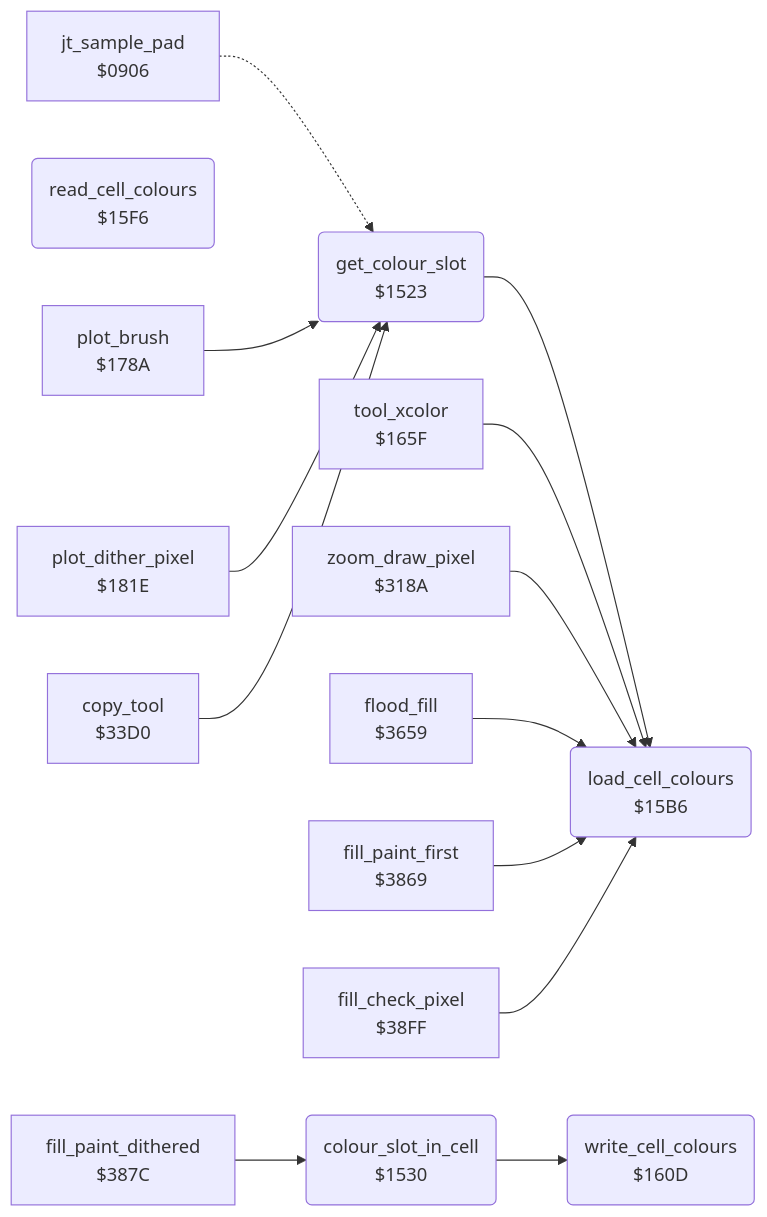
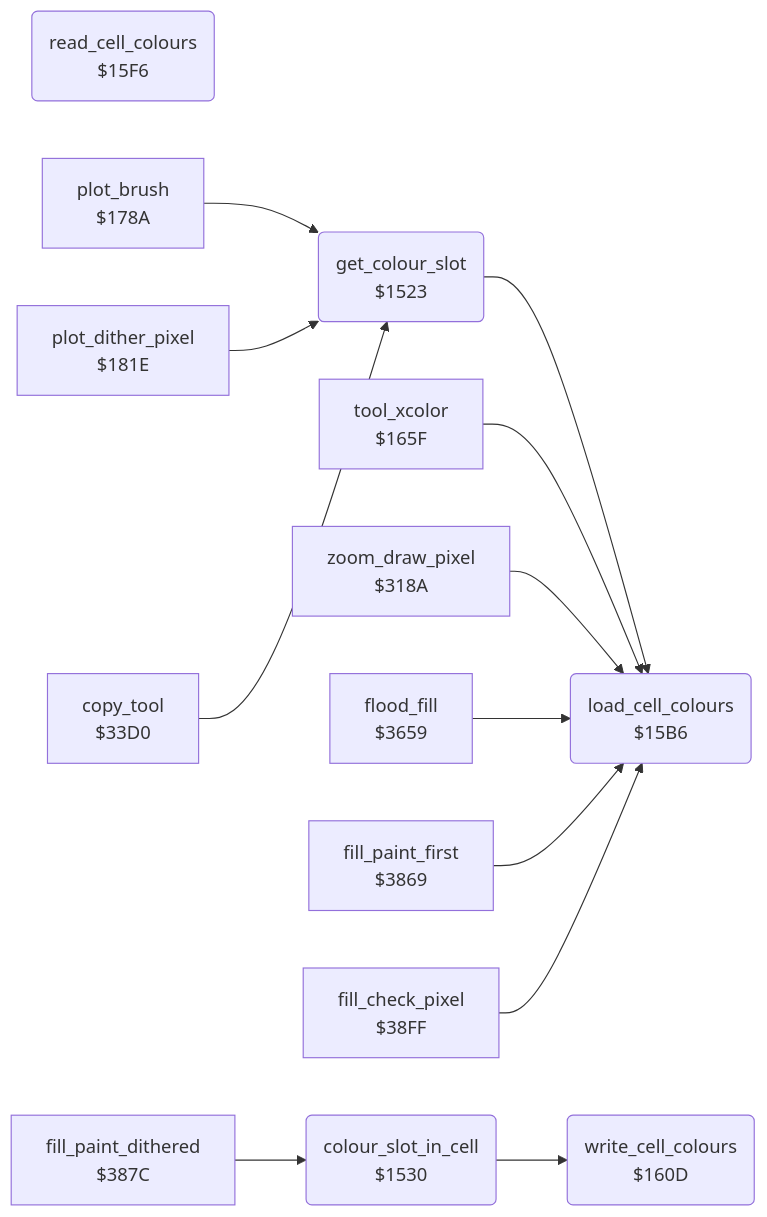
One commit to henols/c64_games changed the diagram in koala_painter/v1/docs/reference/modules/graphics/colour_slots.md. Above: the diagram before and after it, drawn with Mermaid. The commit also changed other lines of this file and 1100 other files, not shown here.

````diff
--- a/koala_painter/v1/docs/reference/modules/graphics/colour_slots.md
+++ b/koala_painter/v1/docs/reference/modules/graphics/colour_slots.md
@@ -10,30 +20,28 @@
 ```mermaid
 flowchart LR
-  n0906["jt_sample_pad<br/>$0906"]
   n1523("get_colour_slot<br/>$1523")
   n1530("colour_slot_in_cell<br/>$1530")
   n15b6("load_cell_colours<br/>$15B6")
   n15f6("read_cell_colours<br/>$15F6")
   n160d("write_cell_colours<br/>$160D")
   n165f["tool_xcolor<br/>$165F"]
   n178a["plot_brush<br/>$178A"]
   n181e["plot_dither_pixel<br/>$181E"]
   n318a["zoom_draw_pixel<br/>$318A"]
   n33d0["copy_tool<br/>$33D0"]
   n3659["flood_fill<br/>$3659"]
   n3869["fill_paint_first<br/>$3869"]
   n387c["fill_paint_dithered<br/>$387C"]
   n38ff["fill_check_pixel<br/>$38FF"]
-  n0906 -.-> n1523
   n1523 --> n15b6
   n1530 --> n160d
   n165f --> n15b6
   n178a --> n1523
   n181e --> n1523
   n318a --> n15b6
   n33d0 --> n1523
   n3659 --> n15b6
   n3869 --> n15b6
   n387c --> n1530
   n38ff --> n15b6
 ```
````
